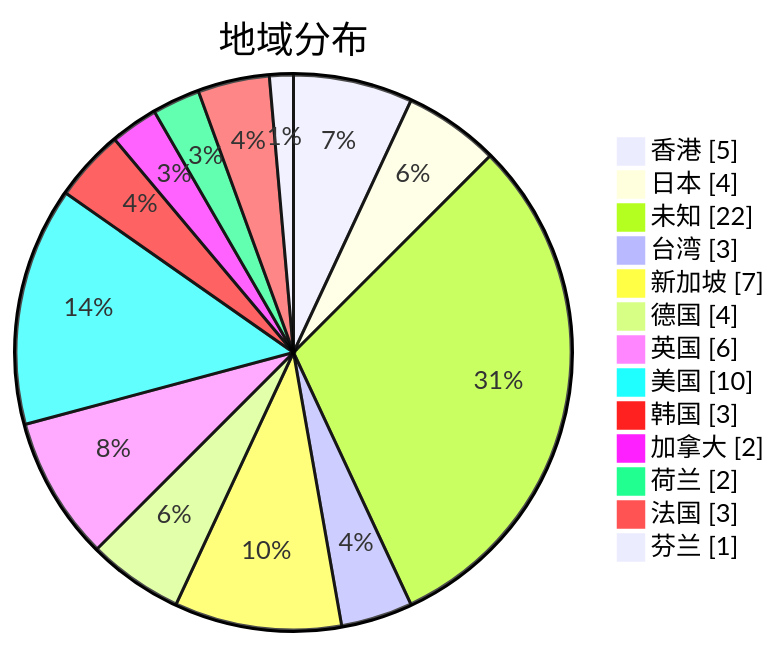
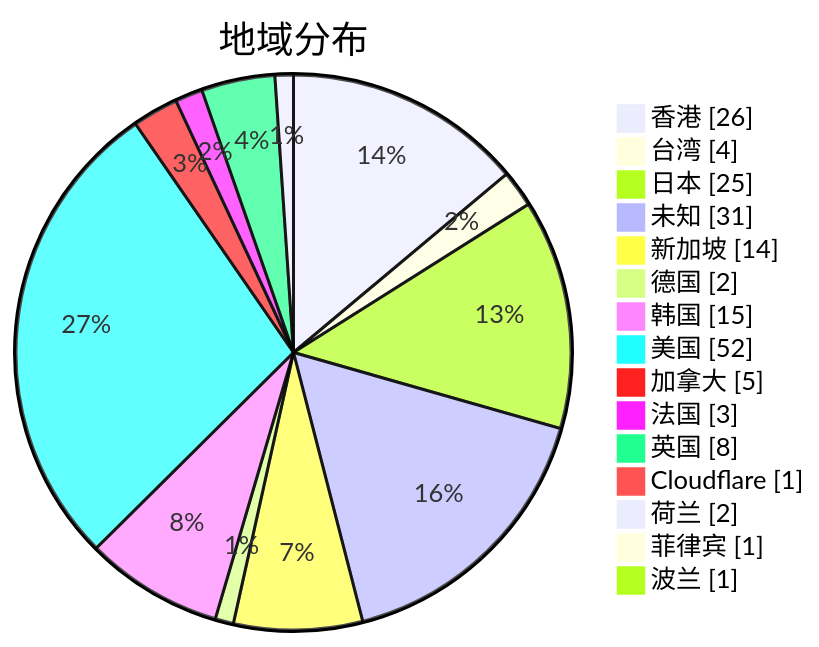
The second of 3 diagrams in subs/statistics/tested_within.md (qjlxg/airport), drawn with Mermaid before and after one commit. The commit also changed other lines of this file and 2 other files, not shown here.

Commit message:
Tested by metaST

````diff
--- a/subs/statistics/tested_within.md
+++ b/subs/statistics/tested_within.md
@@ -11,17 +12,19 @@
 ```mermaid
 pie showData
 title 地域分布
-"香港" : 5
-"日本" : 4
-"未知" : 22
-"台湾" : 3
-"新加坡" : 7
-"德国" : 4
-"英国" : 6
-"美国" : 10
-"韩国" : 3
-"加拿大" : 2
+"香港" : 26
+"台湾" : 4
+"日本" : 25
+"未知" : 31
+"新加坡" : 14
+"德国" : 2
+"韩国" : 15
+"美国" : 52
+"加拿大" : 5
+"法国" : 3
+"英国" : 8
+"Cloudflare" : 1
 "荷兰" : 2
-"法国" : 3
-"芬兰" : 1
+"菲律宾" : 1
+"波兰" : 1
 ```
````
